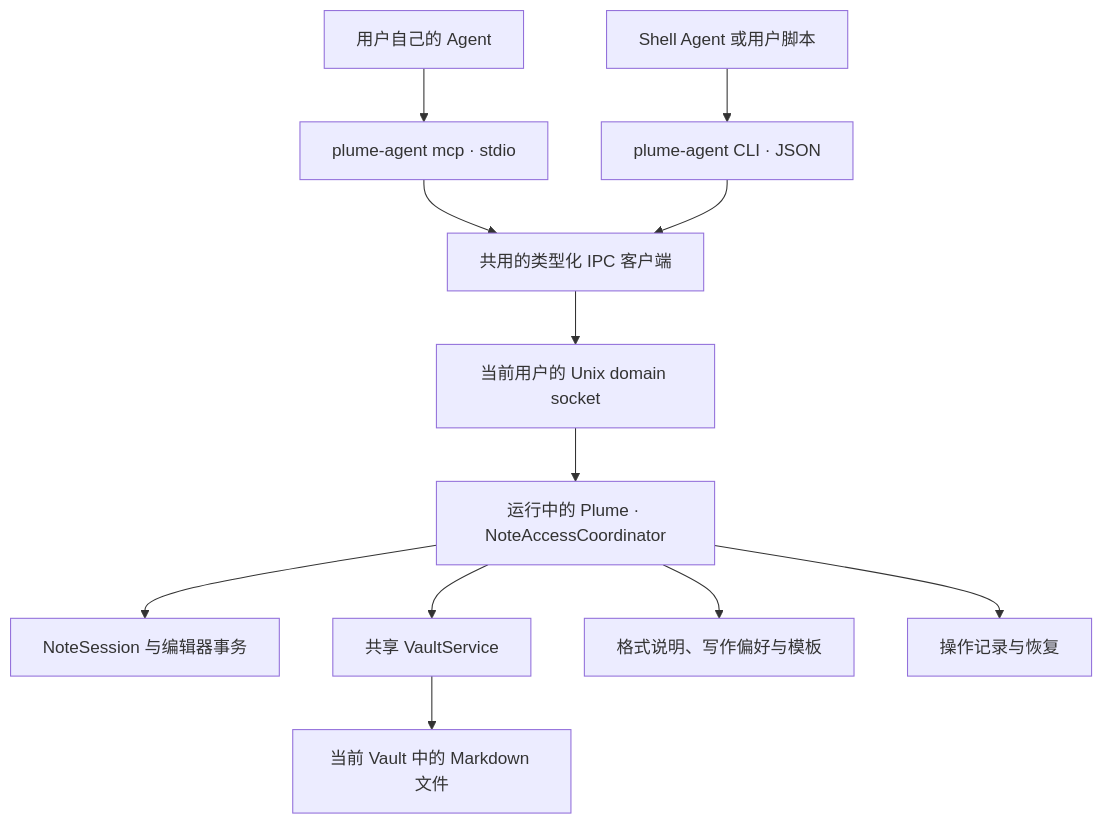
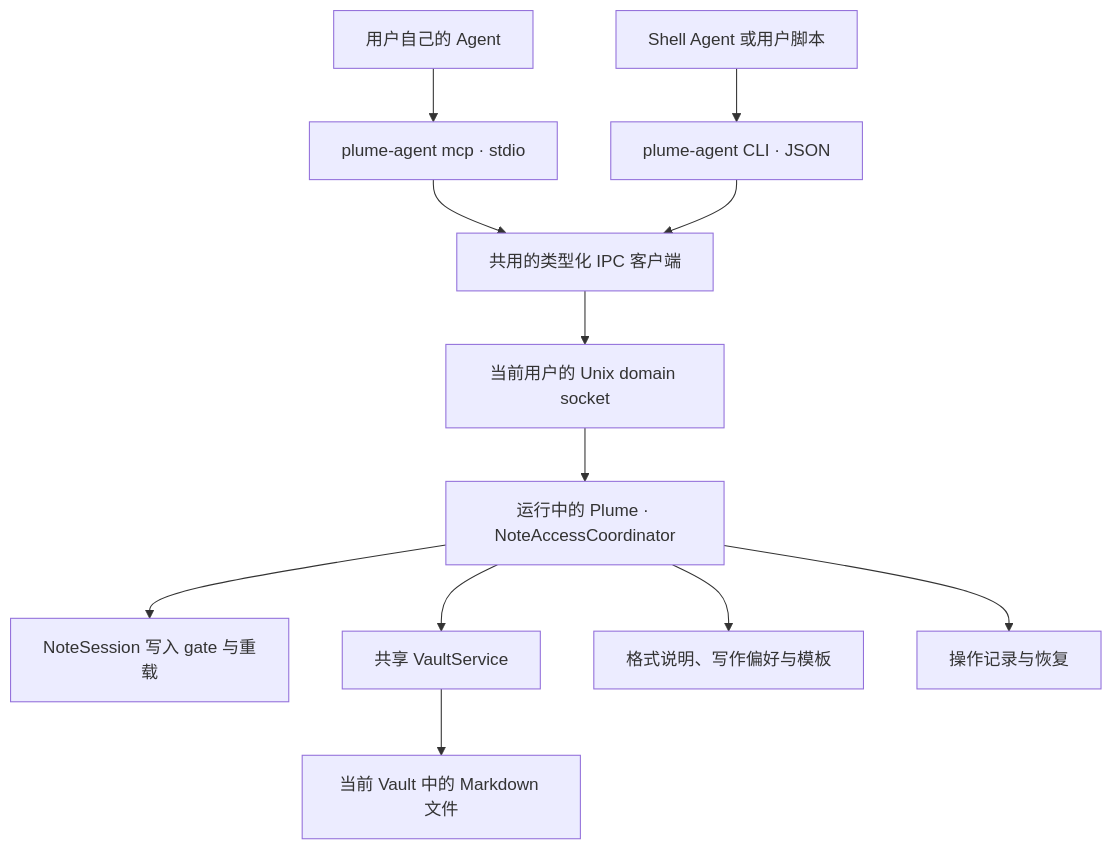
One commit to tiylabs/plume changed the diagram in Design/Notes/agent-integration-plan.md. Above: the diagram before and after it, drawn with Mermaid. The commit also changed other lines of this file, not shown here.

````diff
--- a/Design/Notes/agent-integration-plan.md
+++ b/Design/Notes/agent-integration-plan.md
@@ -76,14 +90,14 @@
 ```mermaid
 flowchart TD
     Agent[用户自己的 Agent] --> MCP[plume-agent mcp · stdio]
     Shell[Shell Agent 或用户脚本] --> CLI[plume-agent CLI · JSON]
     MCP --> Client[共用的类型化 IPC 客户端]
     CLI --> Client
     Client --> IPC[当前用户的 Unix domain socket]
     IPC --> Access[运行中的 Plume · NoteAccessCoordinator]
-    Access --> Session[NoteSession 与编辑器事务]
+    Access --> Session[NoteSession 写入 gate 与重载]
     Access --> Vault[共享 VaultService]
     Vault --> Files[当前 Vault 中的 Markdown 文件]
     Access --> Writing[格式说明、写作偏好与模板]
     Access --> Operations[操作记录与恢复]
 ```
````
